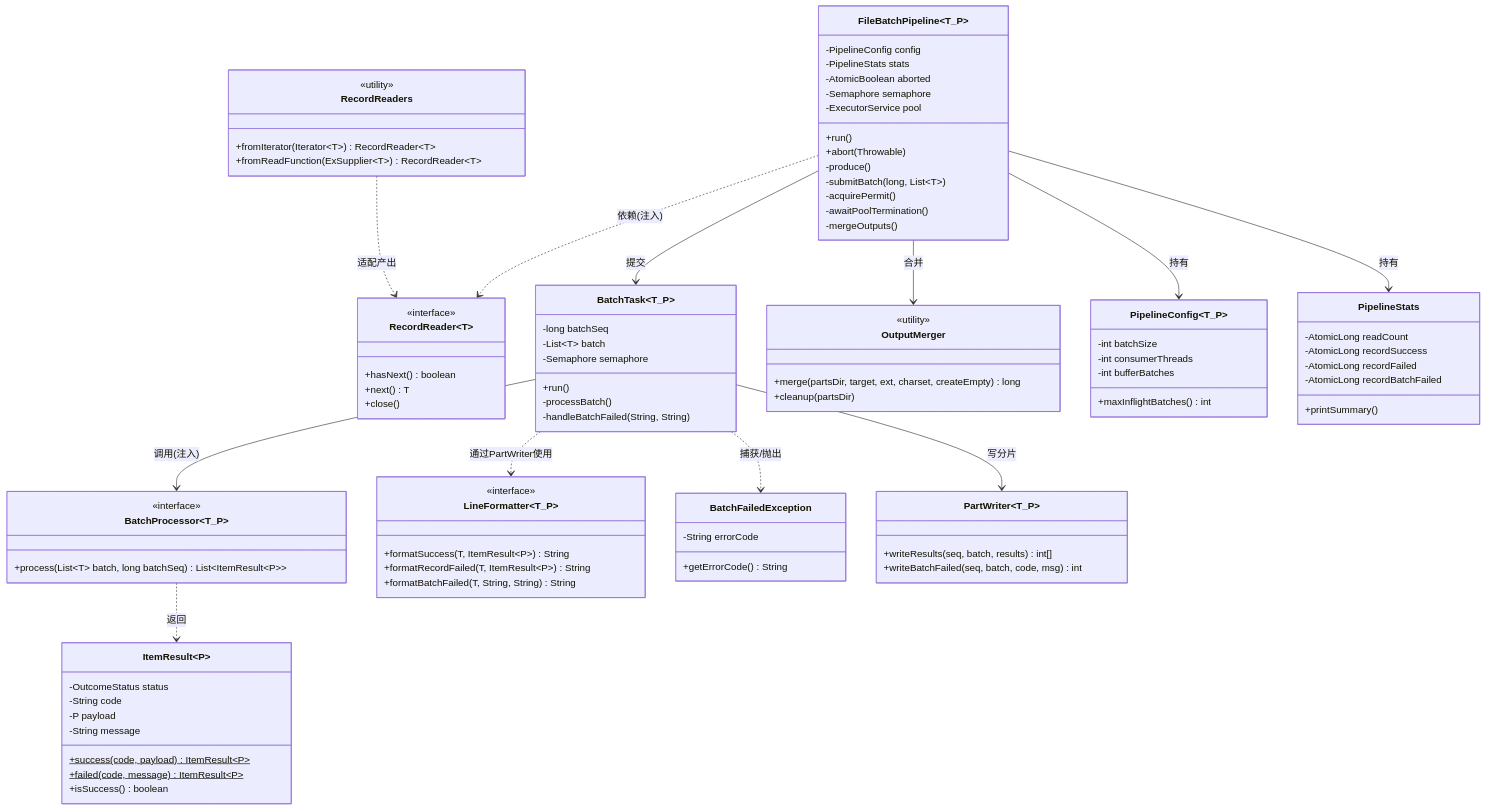
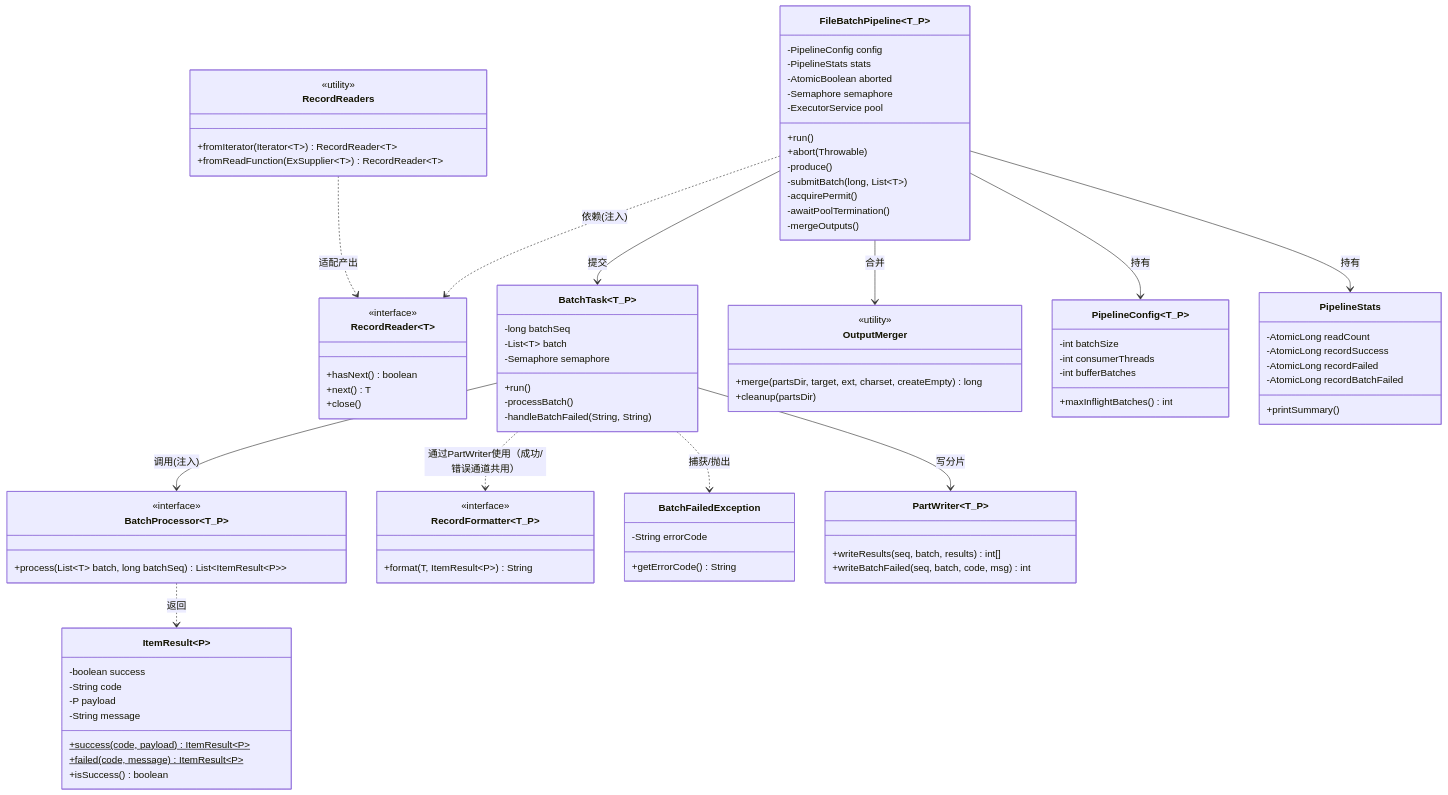
The second of 12 diagrams in DESIGN.md (owengoodluck/java-batch-pipeline), drawn with Mermaid before and after one commit. The commit also changed other lines of this file and 21 other files, not shown here.

```diff
--- a/DESIGN.md
+++ b/DESIGN.md
@@ -203,14 +203,13 @@
         <<interface>>
         +process(List~T~ batch, long batchSeq) List~ItemResult~P~~
     }
-    class LineFormatter~T_P~ {
+    class RecordFormatter~T_P~ {
         <<interface>>
-        +formatSuccess(T, ItemResult~P~) String
-        +formatRecordFailed(T, ItemResult~P~) String
-        +formatBatchFailed(T, String, String) String
+        +format(T, ItemResult~P~) String
     }
+    %% 错误通道与普通通道共用 RecordFormatter，无独立接口
     class ItemResult~P~ {
-        -OutcomeStatus status
+        -boolean success
         -String code
         -P payload
         -String message
@@ -274,7 +273,7 @@
     FileBatchPipeline ..> RecordReader : 依赖(注入)
     BatchTask --> BatchProcessor : 调用(注入)
     BatchTask --> PartWriter : 写分片
-    BatchTask ..> LineFormatter : 通过PartWriter使用
+    BatchTask ..> RecordFormatter : 通过PartWriter使用（成功/错误通道共用）
     BatchTask ..> BatchFailedException : 捕获/抛出
     BatchProcessor ..> ItemResult : 返回
     RecordReaders ..> RecordReader : 适配产出
```
